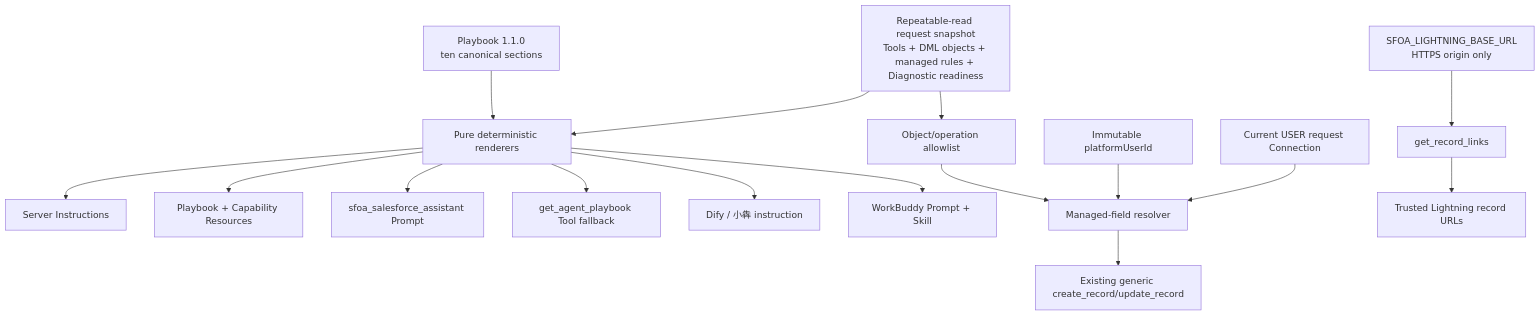
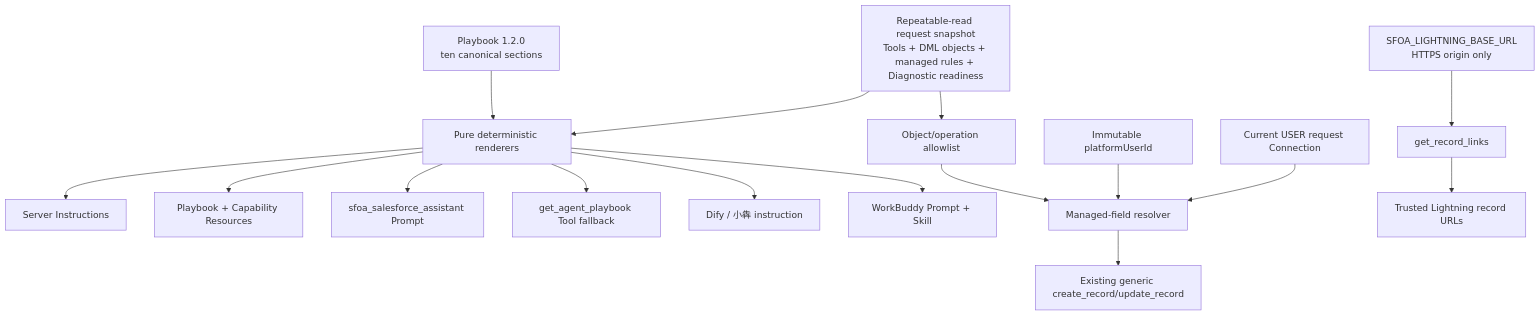
One commit to ElioLin/sfoa-enterprise-mcp changed the seventh of 8 diagrams in docs/sfoa/ARCHITECTURE.md. Above: the diagram before and after it, drawn with Mermaid. The commit also changed other lines of this file and 17 other files, not shown here.

````diff
--- a/docs/sfoa/ARCHITECTURE.md
+++ b/docs/sfoa/ARCHITECTURE.md
@@ -606,18 +606,18 @@
 ```mermaid
 flowchart TD
-  Definition[Playbook 1.1.0<br/>ten canonical sections] --> Renderers[Pure deterministic renderers]
+  Definition[Playbook 1.2.0<br/>ten canonical sections] --> Renderers[Pure deterministic renderers]
   Snapshot[Repeatable-read request snapshot<br/>Tools + DML objects + managed rules + Diagnostic readiness] --> Renderers
   Renderers --> Instructions[Server Instructions]
   Renderers --> Resources[Playbook + Capability Resources]
   Renderers --> Prompt[sfoa_salesforce_assistant Prompt]
   Renderers --> Fallback[get_agent_playbook Tool fallback]
   Renderers --> Dify[Dify / 小犇 instruction]
   Renderers --> Buddy[WorkBuddy Prompt + Skill]
   Snapshot --> Allowlist[Object/operation allowlist]
   Allowlist --> Managed[Managed-field resolver]
   Context[Immutable platformUserId] --> Managed
   Conn[Current USER request Connection] --> Managed
   Managed --> Generic[Existing generic create_record/update_record]
   Origin[SFOA_LIGHTNING_BASE_URL<br/>HTTPS origin only] --> Links[get_record_links]
   Links --> Lightning[Trusted Lightning record URLs]
 ```
````
